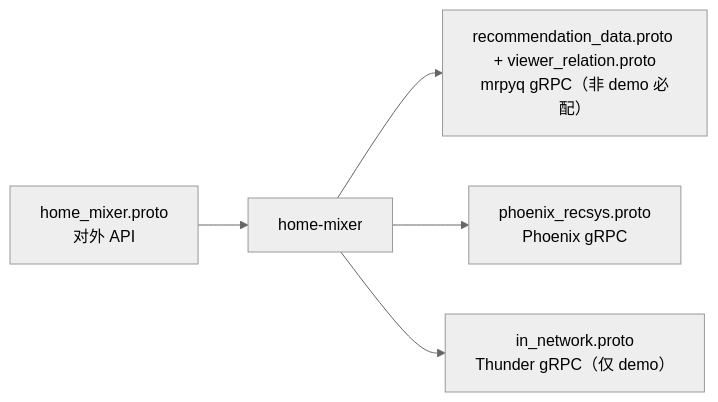
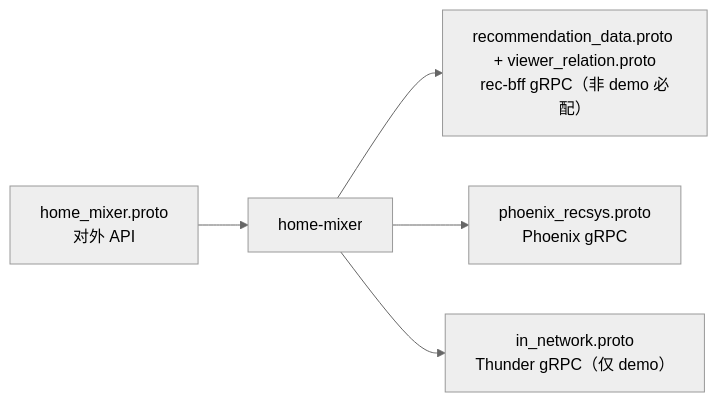
Before and after one commit to freefcw/x-algorithm: the first of 3 diagrams in docs/home-mixer/05-external-deps-and-contracts.md, drawn with Mermaid (neutral theme). The commit also changed other lines of this file and 9 other files, not shown here.

First line of the commit message:
docs: 对齐 rec-bff 门面架构与当日代码现状

````diff
--- a/docs/home-mixer/05-external-deps-and-contracts.md
+++ b/docs/home-mixer/05-external-deps-and-contracts.md
@@ -18,7 +20,7 @@
 ```mermaid
 flowchart LR
     HMProto["home_mixer.proto<br/>对外 API"] --> HM["home-mixer"]
-    HM --> MProto["recommendation_data.proto + viewer_relation.proto<br/>mrpyq gRPC（非 demo 必配）"]
+    HM --> MProto["recommendation_data.proto + viewer_relation.proto<br/>rec-bff gRPC（非 demo 必配）"]
     HM --> RProto["phoenix_recsys.proto<br/>Phoenix gRPC"]
     HM --> TProto["in_network.proto<br/>Thunder gRPC（仅 demo）"]
 ```
````
